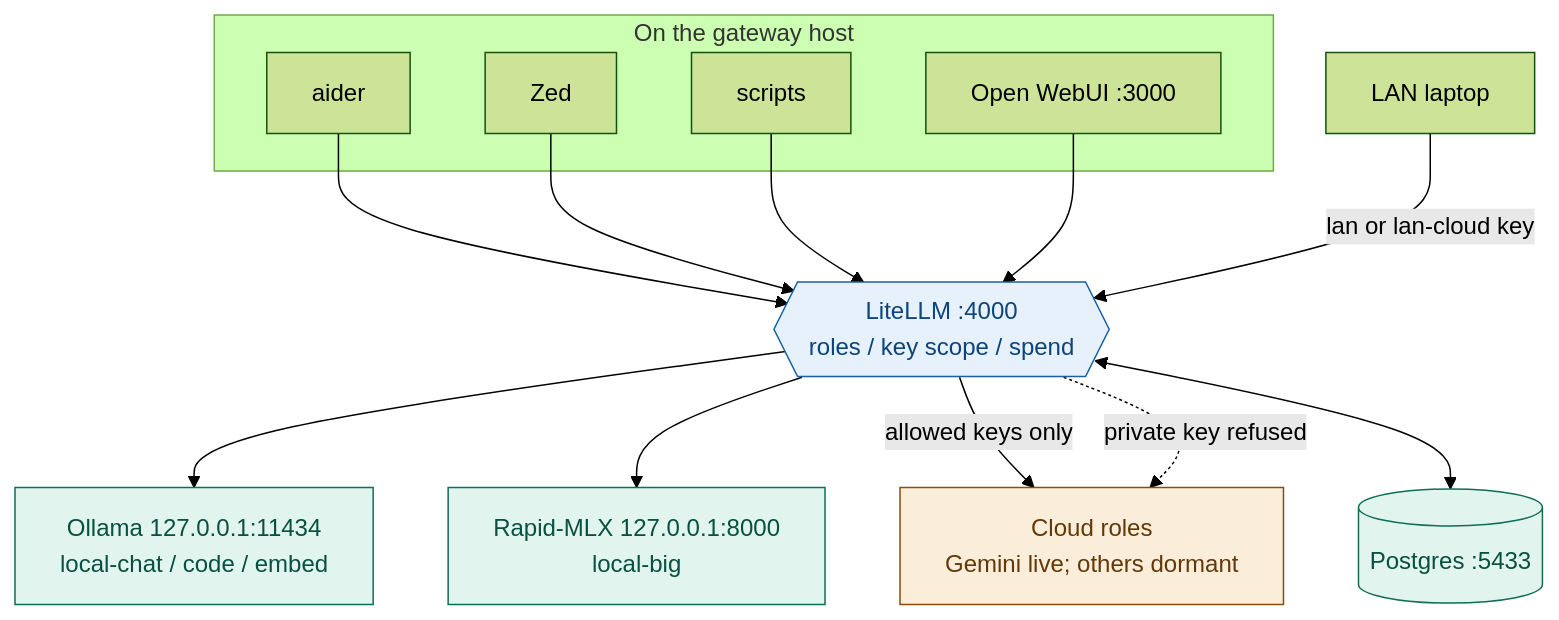
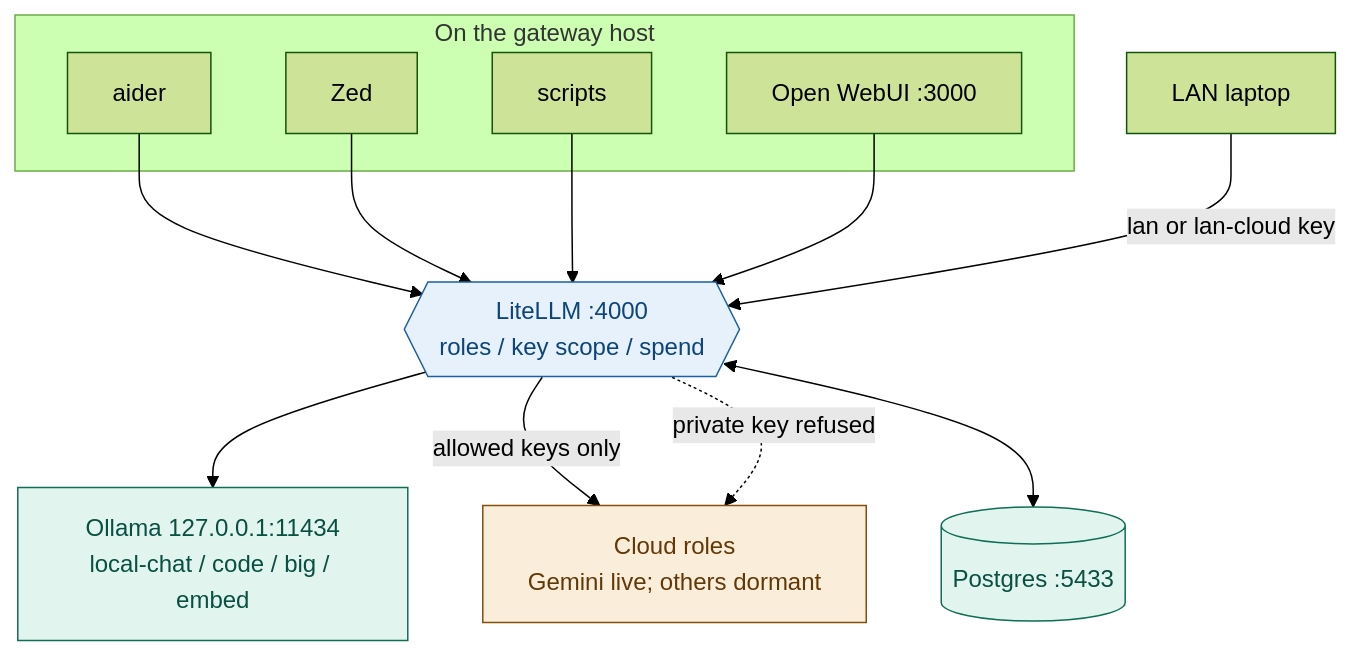
The diagram in docs/ARCHITECTURE.md (ouster/hearth), drawn with Mermaid (forest theme) before and after one commit. The commit also changed other lines of this file and 16 other files, not shown here.

Commit message:
Serve local-big from Ollama's MLX runner and drop the second inference server.

````diff
--- a/docs/ARCHITECTURE.md
+++ b/docs/ARCHITECTURE.md
@@ -8,38 +8,36 @@
 ```mermaid
 flowchart TB
     subgraph onHost["On the gateway host"]
         aider["aider"]
         zed["Zed"]
         scripts["scripts"]
         webui["Open WebUI :3000"]
     end
 
     laptop["LAN laptop"]
 
     gw{{"LiteLLM :4000<br/>roles / key scope / spend"}}
     pg[("Postgres :5433")]
 
-    ollama["Ollama 127.0.0.1:11434<br/>local-chat / code / embed"]
-    mlx["Rapid-MLX 127.0.0.1:8000<br/>local-big"]
+    ollama["Ollama 127.0.0.1:11434<br/>local-chat / code / big / embed"]
     cloud["Cloud roles<br/>Gemini live; others dormant"]
 
     aider --> gw
     zed --> gw
     scripts --> gw
     webui --> gw
     laptop -->|"lan or lan-cloud key"| gw
 
     gw --> ollama
-    gw --> mlx
     gw -->|"allowed keys only"| cloud
     gw -.->|"private key refused"| cloud
     gw <--> pg
 
     classDef localCls fill:#E1F5EE,stroke:#0F6E56,color:#085041
     classDef cloudCls fill:#FAEEDA,stroke:#854F0B,color:#633806
     classDef gwCls fill:#E6F1FB,stroke:#185FA5,color:#0C447C
 
-    class ollama,pg,mlx localCls
+    class ollama,pg localCls
     class cloud cloudCls
     class gw gwCls
 ```
````
